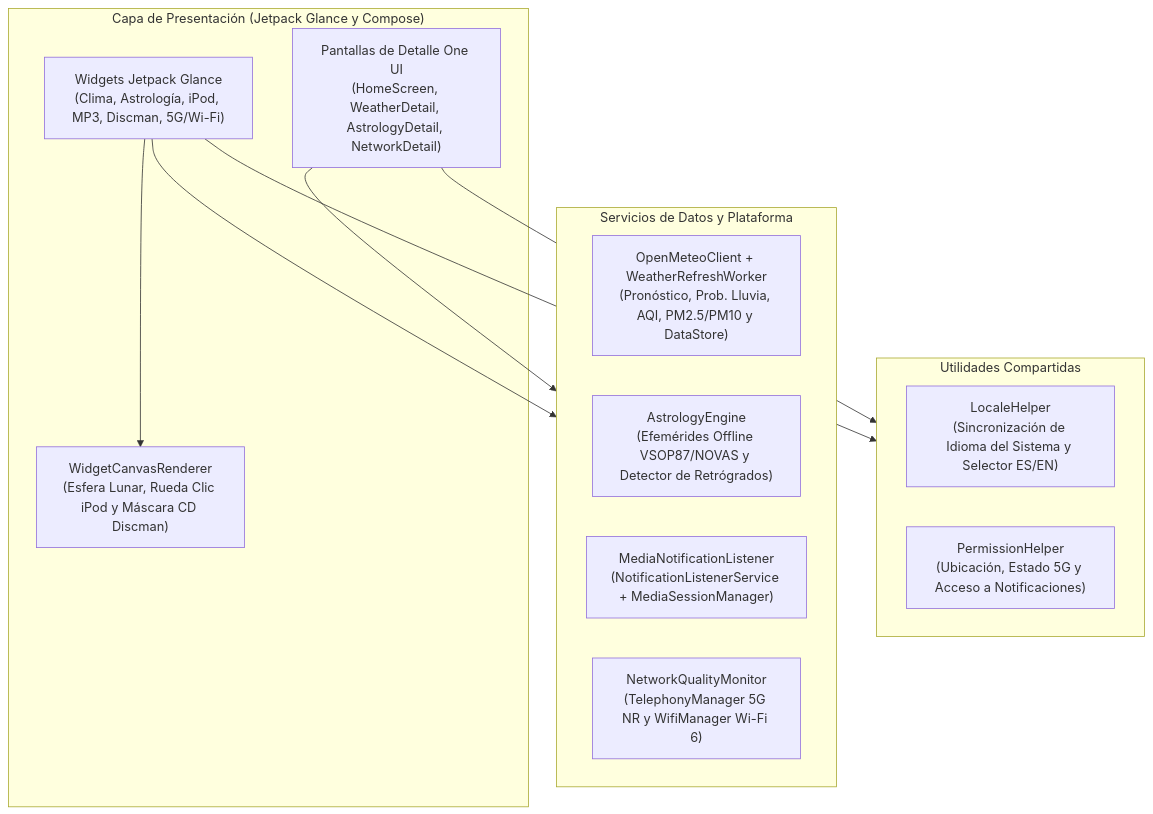
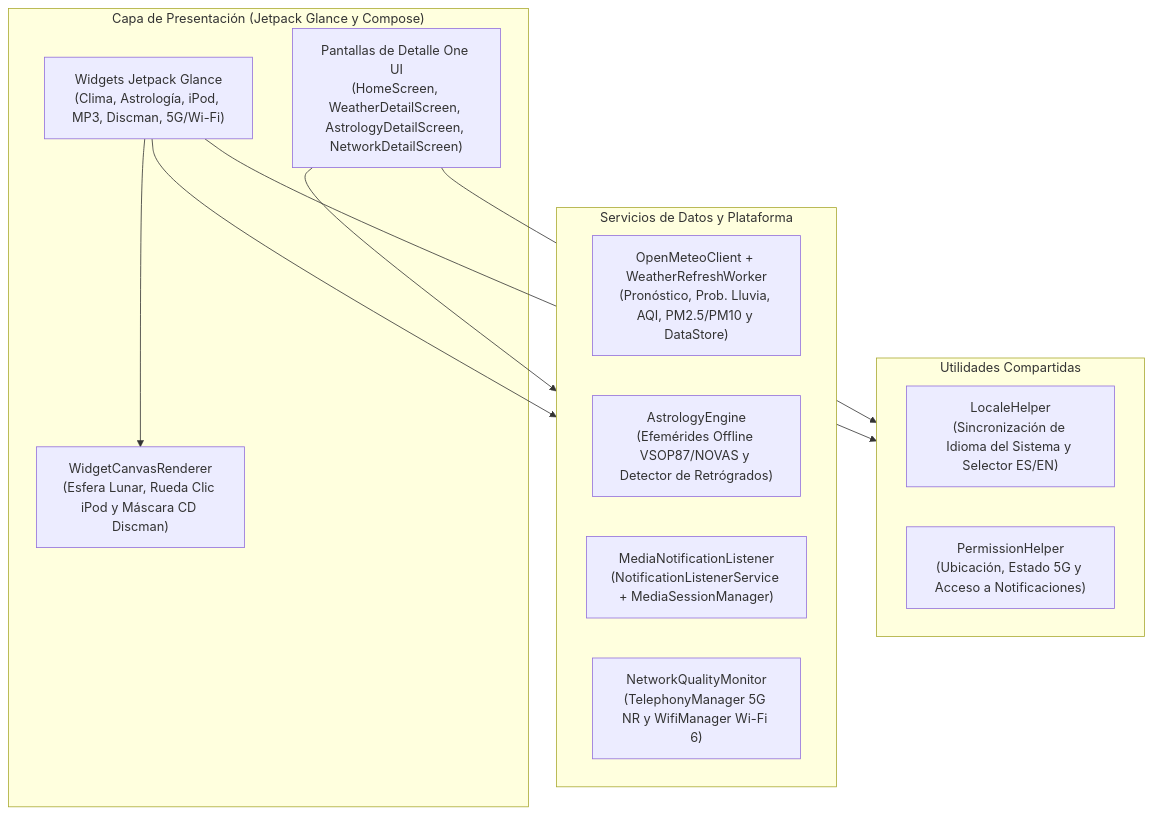
The diagram in README.es.md (AnaCataVC/one-ui-extra-widgets), drawn with Mermaid before and after one commit. The commit also changed other lines of this file and 24 other files, not shown here.

````diff
--- a/README.es.md
+++ b/README.es.md
@@ -39,26 +39,26 @@
 ```mermaid
 flowchart TD
     subgraph UI ["Capa de Presentación (Jetpack Glance y Compose)"]
         GlanceWidgets["Widgets Jetpack Glance<br/>(Clima, Astrología, iPod, MP3, Discman, 5G/Wi-Fi)"]
-        ComposeApp["Pantallas de Detalle One UI<br/>(HomeScreen, WeatherDetail, AstrologyDetail, NetworkDetail)"]
+        ComposeApp["Pantallas de Detalle One UI<br/>(HomeScreen, WeatherDetailScreen, AstrologyDetailScreen, NetworkDetailScreen)"]
         CanvasRenderer["WidgetCanvasRenderer<br/>(Esfera Lunar, Rueda Clic iPod y Máscara CD Discman)"]
     end
 
     subgraph Data ["Servicios de Datos y Plataforma"]
         WeatherClient["OpenMeteoClient + WeatherRefreshWorker<br/>(Pronóstico, Prob. Lluvia, AQI, PM2.5/PM10 y DataStore)"]
         AstroEngine["AstrologyEngine<br/>(Efemérides Offline VSOP87/NOVAS y Detector de Retrógrados)"]
         MediaBridge["MediaNotificationListener<br/>(NotificationListenerService + MediaSessionManager)"]
         NetMonitor["NetworkQualityMonitor<br/>(TelephonyManager 5G NR y WifiManager Wi-Fi 6)"]
     end
 
     subgraph Utils ["Utilidades Compartidas"]
         LocaleUtil["LocaleHelper<br/>(Sincronización de Idioma del Sistema y Selector ES/EN)"]
         PermUtil["PermissionHelper<br/>(Ubicación, Estado 5G y Acceso a Notificaciones)"]
     end
 
     GlanceWidgets --> CanvasRenderer
     GlanceWidgets --> Data
     ComposeApp --> Data
     ComposeApp --> Utils
     GlanceWidgets --> Utils
 ```
````
